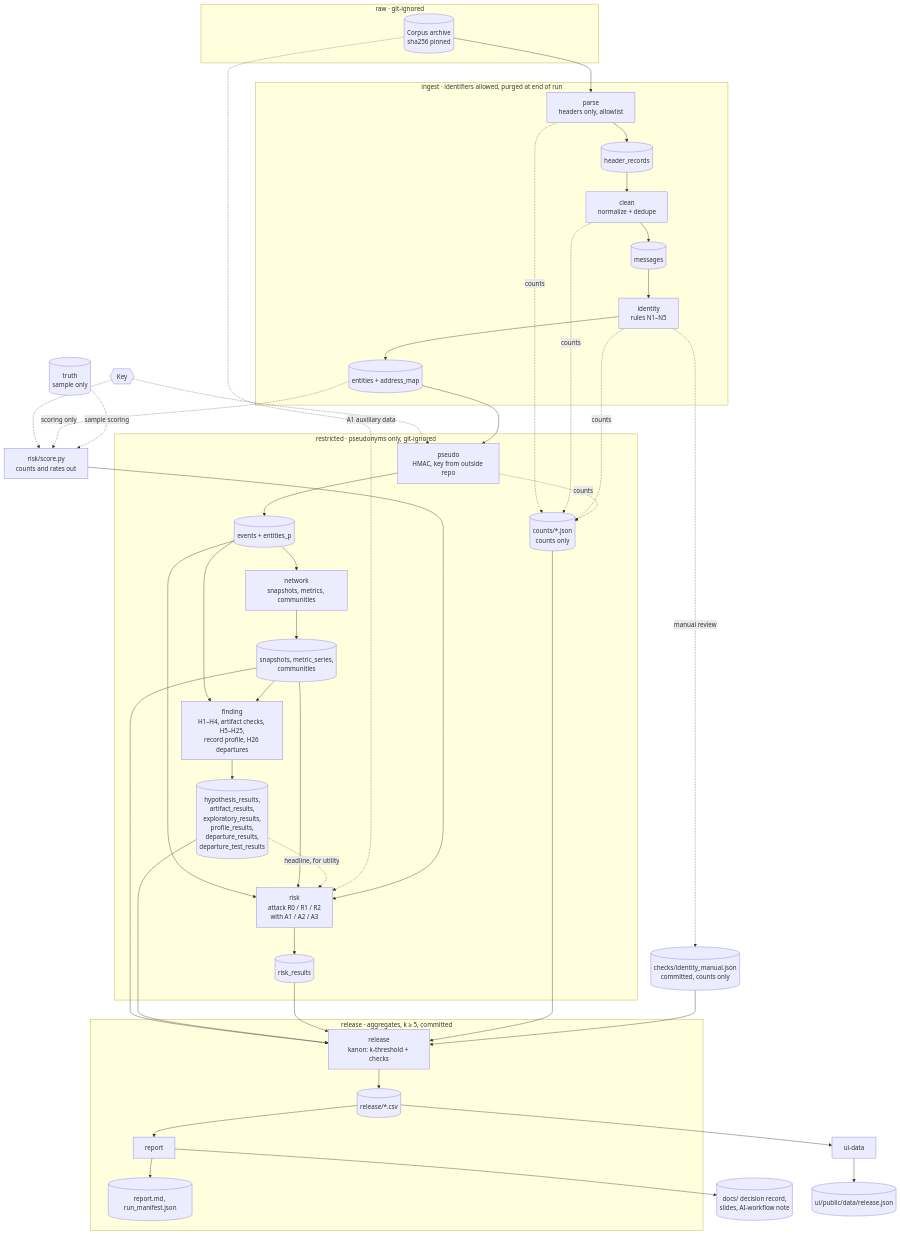
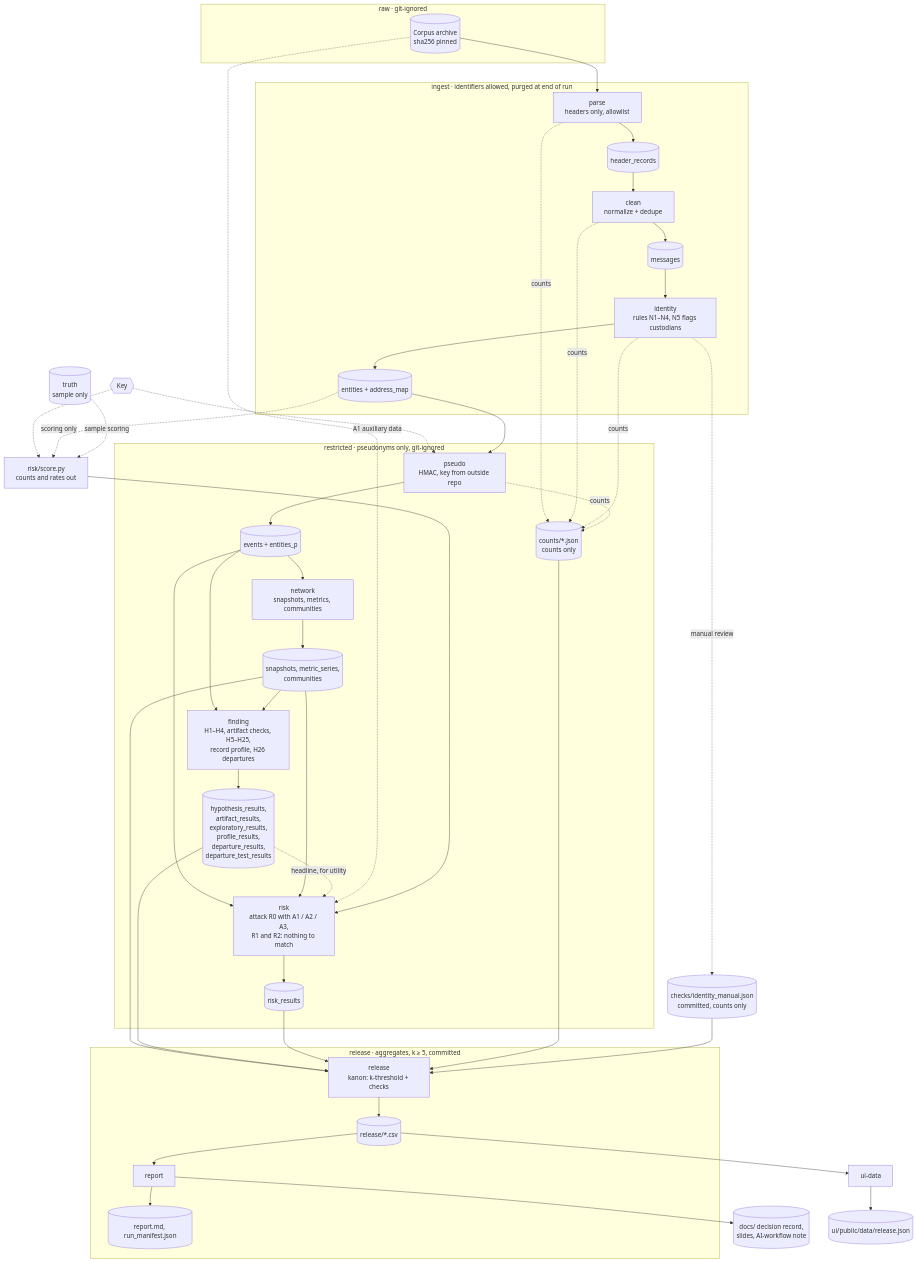
One commit to marcusvieira88/network-science changed the first of 6 diagrams in docs/architecture.md. Above: the diagram before and after it, drawn with Mermaid. The commit also changed other lines of this file and 3 other files, not shown here.

First line of the commit message:
Items 1, 3, 7, 10, 12, 13, 16, 20, 23, 25, 26, 34, 39, 45, 47, 51, 55: architecture, hypotheses and metrics documents

````diff
--- a/docs/architecture.md
+++ b/docs/architecture.md
@@ -13,51 +13,51 @@
 ```mermaid
 flowchart TB
     subgraph RAW["raw · git-ignored"]
         A[(Corpus archive<br/>sha256 pinned)]
     end
     subgraph ING["ingest · identifiers allowed, purged at end of run"]
         S1[parse<br/>headers only, allowlist]
         S2[clean<br/>normalize + dedupe]
-        S3[identity<br/>rules N1–N5]
+        S3[identity<br/>rules N1–N4, N5 flags custodians]
         T1[(header_records)]
         T2[(messages)]
         T3[(entities + address_map)]
     end
     subgraph RES["restricted · pseudonyms only, git-ignored"]
         S4[pseudo<br/>HMAC, key from outside repo]
         T4[(events + entities_p)]
         S5[network<br/>snapshots, metrics, communities]
         T5[(snapshots, metric_series,<br/>communities)]
         S6[finding<br/>H1–H4, artifact checks, H5–H25,<br/>record profile, H26 departures]
         T6[(hypothesis_results,<br/>artifact_results,<br/>exploratory_results,<br/>profile_results,<br/>departure_results,<br/>departure_test_results)]
-        S7[risk<br/>attack R0 / R1 / R2<br/>with A1 / A2 / A3]
+        S7[risk<br/>attack R0 with A1 / A2 / A3,<br/>R1 and R2: nothing to match]
         T7[(risk_results)]
         CT[(counts/*.json<br/>counts only)]
     end
     TR[(truth<br/>sample only)]
     CK[(checks/identity_manual.json<br/>committed, counts only)]
     subgraph REL["release · aggregates, k ≥ 5, committed"]
         S8[release<br/>kanon: k-threshold + checks]
         T8[(release/*.csv)]
         S9[report]
         RP[(report.md, run_manifest.json)]
     end
     DOCS[(docs/ decision record,<br/>slides, AI-workflow note)]
     UI[(ui/public/data/release.json)]
     S10[ui-data]
     K{{Key}} -.-> S4
     K -.-> SC
     A --> S1 --> T1 --> S2 --> T2 --> S3 --> T3 --> S4 --> T4
     T4 --> S5 --> T5
     T4 & T5 --> S6 --> T6
     T4 & T5 --> S7 --> T7
     T6 -. headline, for utility .-> S7
     A -. A1 auxiliary data .-> S7
     T3 -. scoring only .-> SC[risk/score.py<br/>counts and rates out] --> S7
     TR -. sample scoring .-> SC
     S1 & S2 & S3 & S4 -. counts .-> CT
     S3 -. manual review .-> CK
     T5 & T6 & T7 & CT & CK --> S8 --> T8 --> S9 --> RP
     S9 --> DOCS
     T8 --> S10 --> UI
 ```
````
